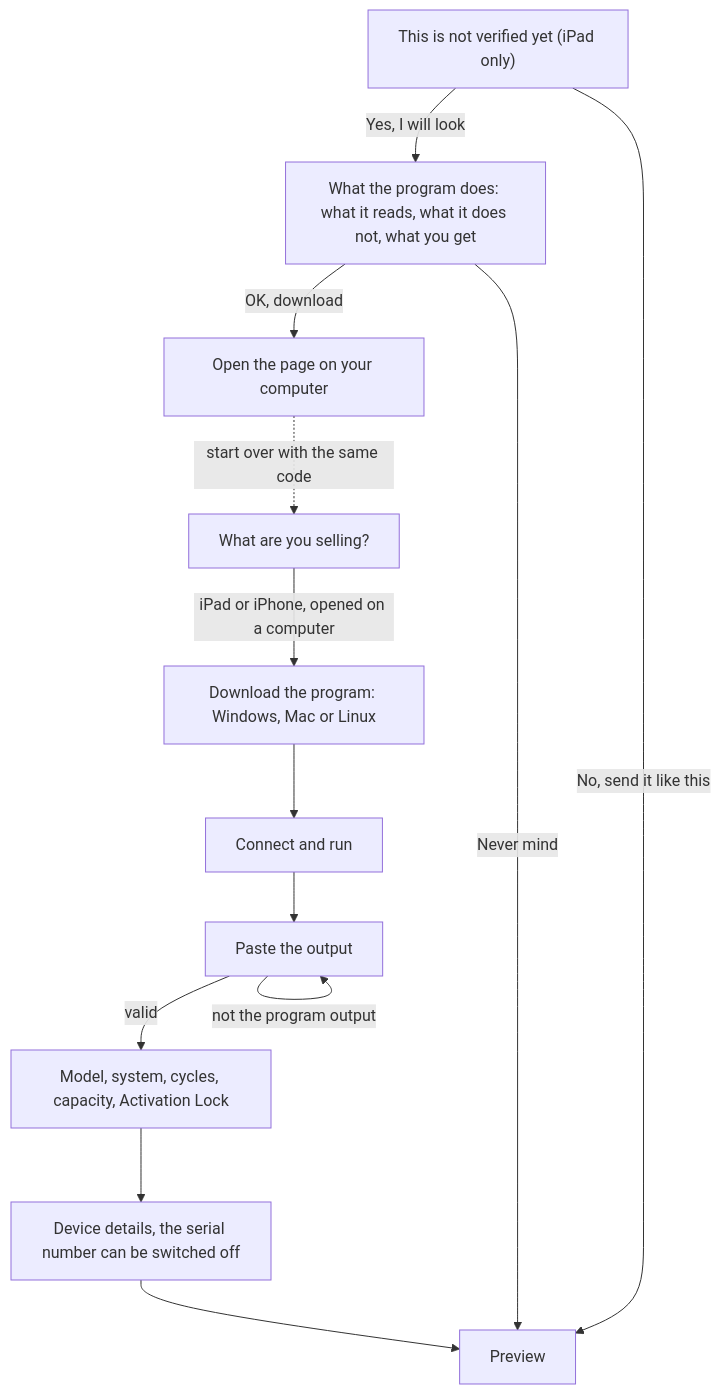
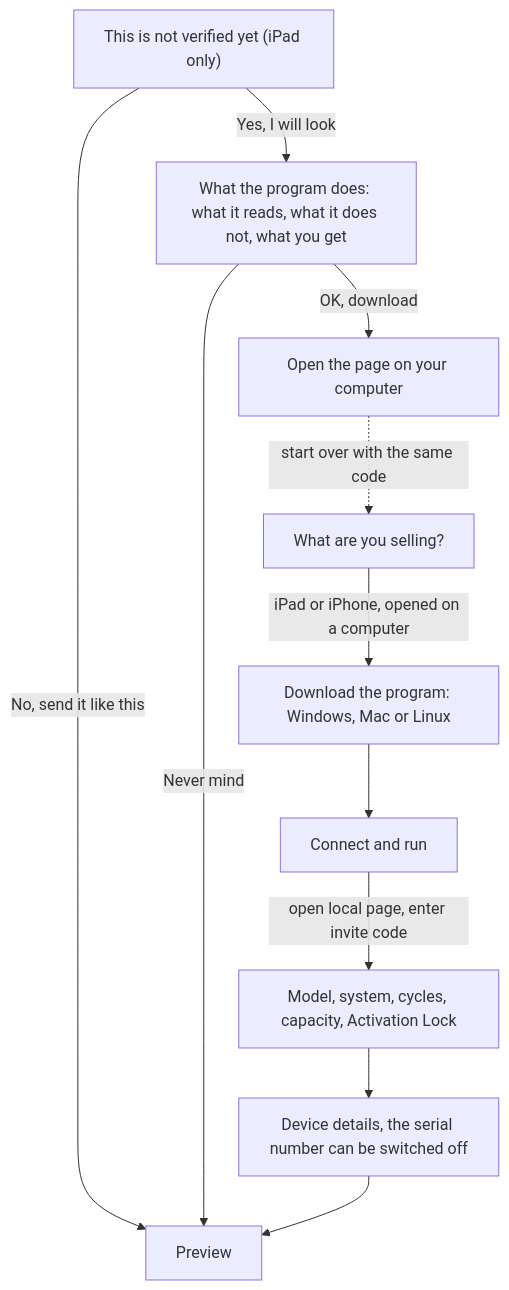
One commit to krisz0722/ipad-audit changed the fourth of 7 diagrams in docs/flows.en.md. Above: the diagram before and after it, drawn with Mermaid. The commit also changed other lines of this file and 42 other files, not shown here.

````diff
--- a/docs/flows.en.md
+++ b/docs/flows.en.md
@@ -120,15 +120,13 @@
 ```mermaid
 flowchart TD
   REM["This is not verified yet (iPad only)"] -->|"Yes, I will look"| A["What the program does: what it reads, what it does not, what you get"]
   REM -->|"No, send it like this"| P["Preview"]
   A -->|"Never mind"| P
   A -->|"OK, download"| SW["Open the page on your computer"]
   SW -.->|"start over with the same code"| K["What are you selling?"]
   K -->|"iPad or iPhone, opened on a computer"| G["Download the program: Windows, Mac or Linux"]
   G --> F["Connect and run"]
-  F --> PA["Paste the output"]
-  PA -->|"not the program output"| PA
-  PA -->|"valid"| RES["Model, system, cycles, capacity, Activation Lock"]
+  F -->|"open local page, enter invite code"| RES["Model, system, cycles, capacity, Activation Lock"]
   RES --> D["Device details, the serial number can be switched off"]
   D --> P
 ```
````
